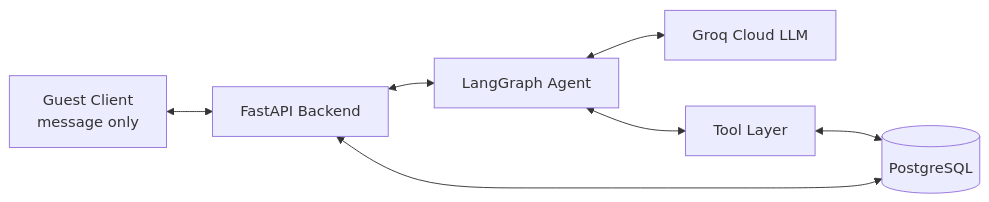
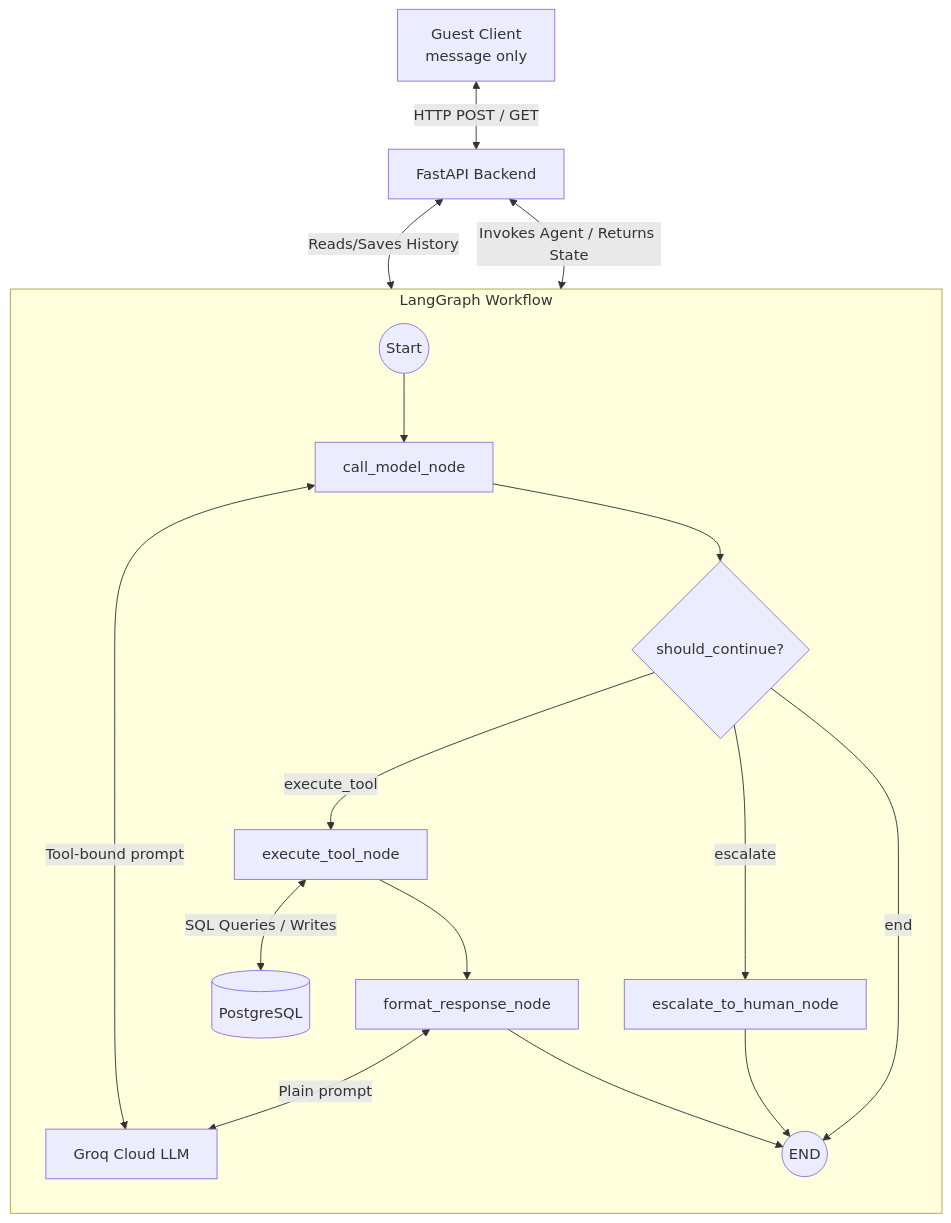
The diagram in README.md (PromitSarker/stayease-agent), drawn with Mermaid before and after one commit.

Commit message:
Update system overview diagram in README

````diff
--- a/README.md
+++ b/README.md
@@ -7,9 +7,27 @@
 ```mermaid
-flowchart LR
-    G[Guest Client<br/>message only] <--> A[FastAPI Backend]
-    A <--> B[LangGraph Agent]
-    B <--> C[Groq Cloud LLM]
-    B <--> D[Tool Layer]
-    D <--> E[(PostgreSQL)]
-    A <--> E
+flowchart TD
+    %% External Connections
+    G[Guest Client<br/>message only] <-->|HTTP POST / GET| A[FastAPI Backend]
+    A <-->|Reads/Saves History| E[(PostgreSQL)]
+
+    subgraph LangGraph Workflow
+        direction TD
+        Start((Start)) --> N1[call_model_node]
+        N1 <-->|Tool-bound prompt| LLM[Groq Cloud LLM]
+
+        N1 --> Cond{should_continue?}
+
+        Cond -->|execute_tool| N2[execute_tool_node]
+        Cond -->|escalate| N4[escalate_to_human_node]
+        Cond -->|end| End((END))
+
+        N2 <-->|SQL Queries / Writes| E
+        N2 --> N3[format_response_node]
+        N3 <-->|Plain prompt| LLM
+        N3 --> End
+
+        N4 --> End
+    end
+
+    A <-->|Invokes Agent / Returns State| Start
 ```
````
